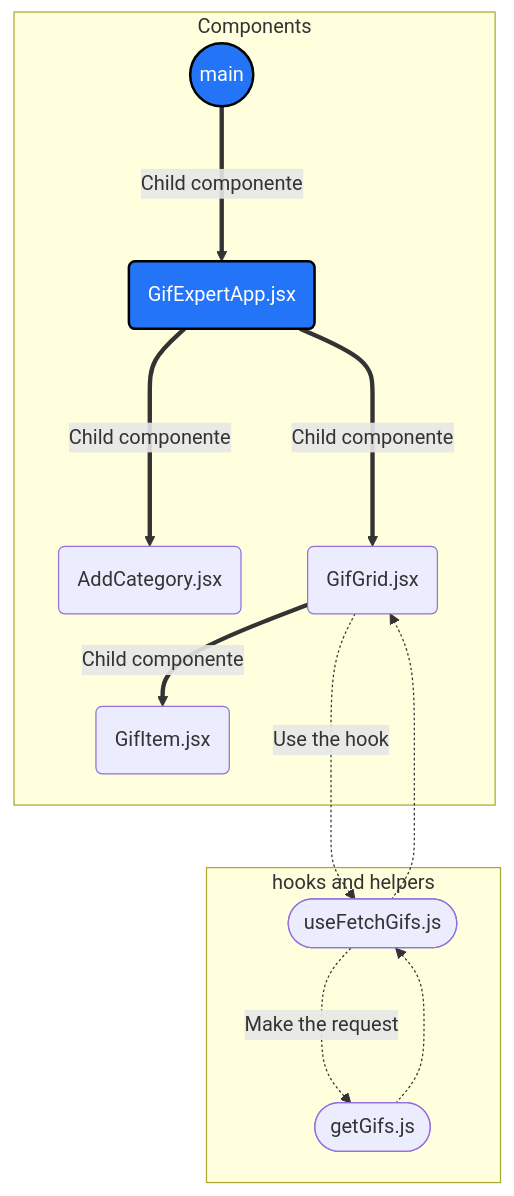
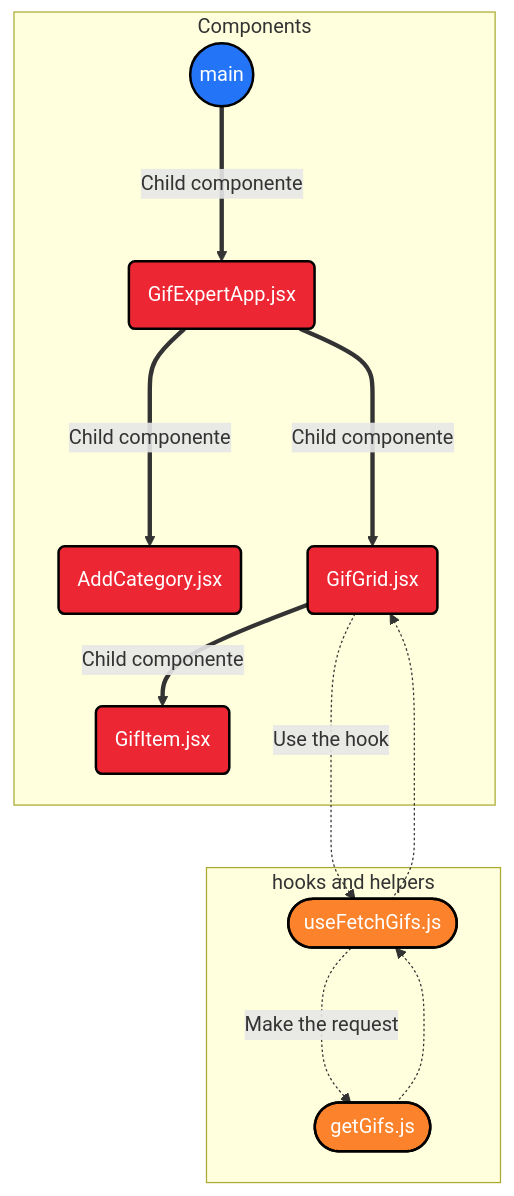
The diagram in Readme.md (AngelDiaz-21/react-gif-expert), drawn with Mermaid before and after one commit.

Commit message:
docs: Added color to mermaid

````diff
--- a/Readme.md
+++ b/Readme.md
@@ -6,30 +6,30 @@
 ```mermaid
 flowchart TD;
     root((main)):::blue;
-    A(GifExpertApp.jsx);
-    B(AddCategory.jsx);
-    C(GifGrid.jsx);
-    D(GifItem.jsx);
-    E([useFetchGifs.js]);
-    F([getGifs.js]);
+    A(GifExpertApp.jsx):::red;
+    B(AddCategory.jsx):::red;
+    C(GifGrid.jsx):::red;
+    D(GifItem.jsx):::red;
+    E([useFetchGifs.js]):::orange;
+    F([getGifs.js]):::orange;
 
     subgraph Components;
-        root===>|Child componente|A:::blue
+        root===>|Child componente|A;
         A====>|Child componente|B & C;
         C==>|Child componente|D;
     end
 
     subgraph hooks and helpers
         C-.Use the hook.->E;
         E-..->C;
         E-.Make the request.->F;
         F-..->E;
     end
 
     %% Colores %%
 	classDef blue  fill:#2374f7, stroke:#000, stroke-width:2px, color:#fff
 	classDef pink  fill:#eb3dd6,stroke:#000, stroke-width:2px, color:#fff
 	classDef orange  fill:#fc822b,stroke:#000,stroke-width:2px,color:#fff
 	classDef red  fill:#ed2633,stroke:#000,stroke-width:2px,color:#fff
 	classDef green  fill:#16b522,stroke:#000,stroke-width:2px,color:#fff
 ```
````
